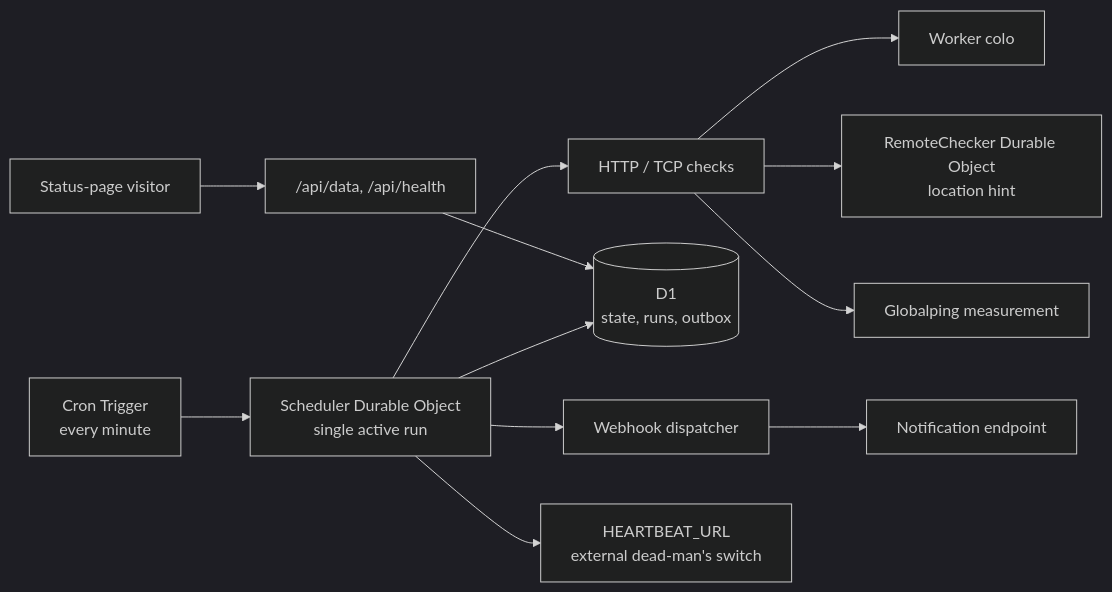
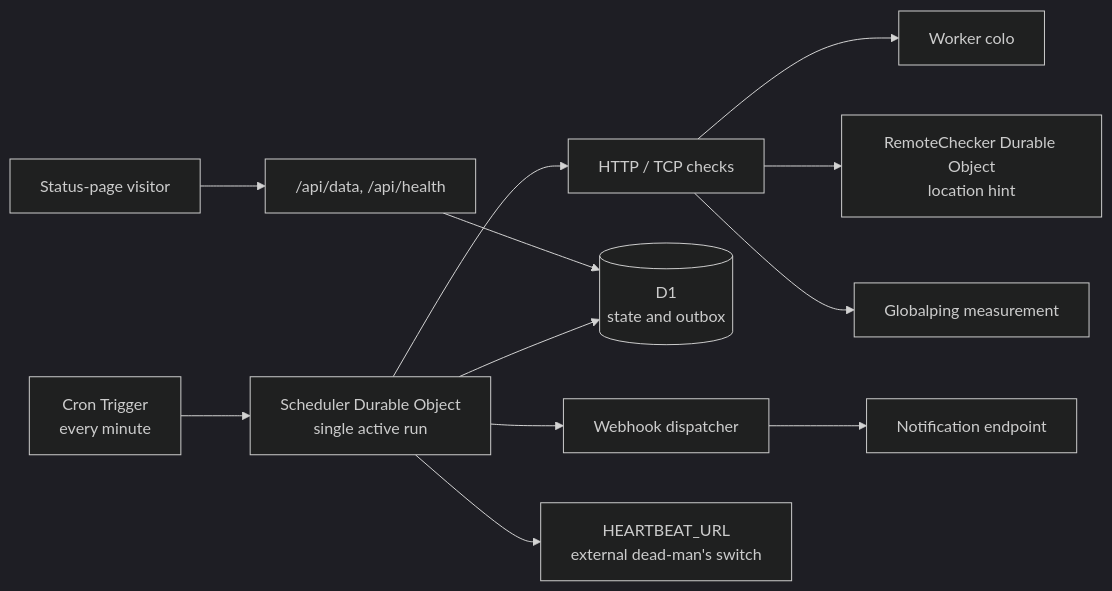
One commit to chius-me/uptime-worker changed the diagram in README.md. Above: the diagram before and after it, drawn with Mermaid (dark theme). The commit also changed other lines of this file and 24 other files, not shown here.

````diff
--- a/README.md
+++ b/README.md
@@ -9,14 +9,14 @@
 ```mermaid
 flowchart LR
   Cron["Cron Trigger\nevery minute"] --> Scheduler["Scheduler Durable Object\nsingle active run"]
   Scheduler --> Checks["HTTP / TCP checks"]
   Checks --> Local["Worker colo"]
   Checks --> Remote["RemoteChecker Durable Object\nlocation hint"]
   Checks --> Globalping["Globalping measurement"]
-  Scheduler --> D1[("D1\nstate, runs, outbox")]
+  Scheduler --> D1[("D1\nstate and outbox")]
   Scheduler --> Delivery["Webhook dispatcher"]
   Delivery --> Webhook["Notification endpoint"]
   Scheduler --> Heartbeat["HEARTBEAT_URL\nexternal dead-man's switch"]
   Browser["Status-page visitor"] --> API["/api/data, /api/health"]
   API --> D1
 ```
````
